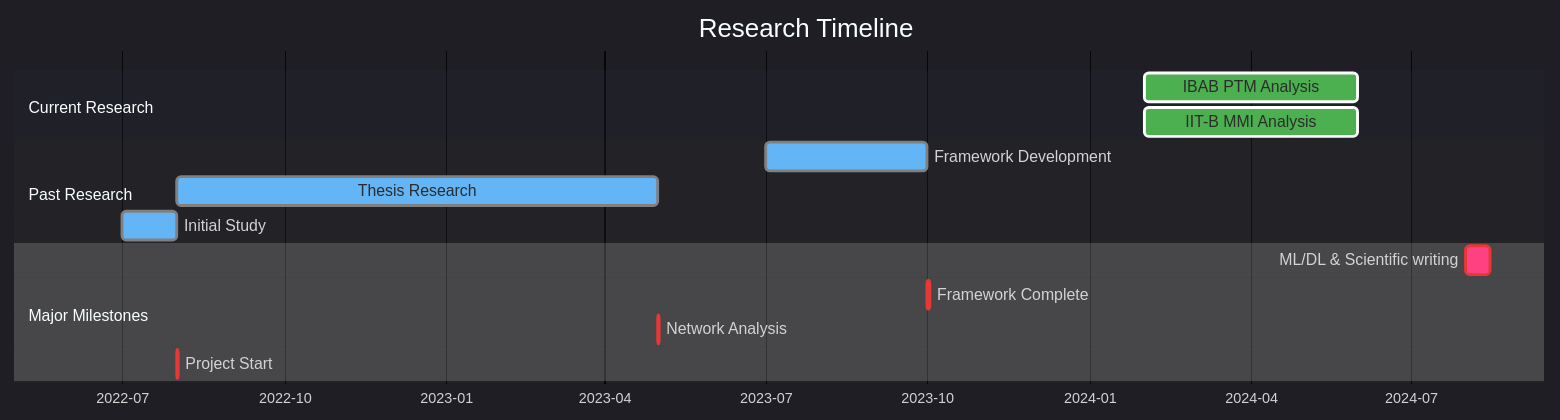
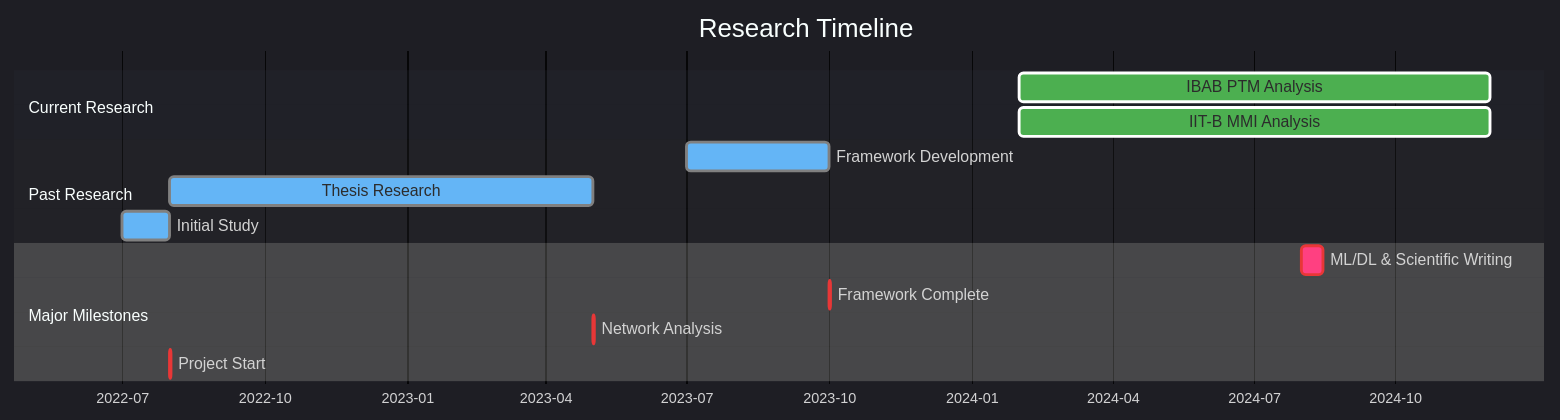
Before and after one commit to dhana56/dhana56: the third of 3 diagrams in README.md, drawn with Mermaid. The commit also changed other lines of this file and 1 other file, not shown here.

````diff
--- a/README.md
+++ b/README.md
@@ -218,34 +215,34 @@
 ```mermaid
 %%{init: {
     'theme': 'dark',
     'themeVariables': {
         'primaryColor': '#FF0000',
         'textColor': '#FFFFFF',
         'sectionBkgColor': '#2A2E37',
         'taskBkgColor': '#41465D',
         'activeTaskBkgColor': '#4CAF50',
         'doneTaskBkgColor': '#64B5F6',
         'critBkgColor': '#FF4081',
         'gridColor': '#444444'
     }
 }}%%
 gantt
     title Research Timeline
     dateFormat YYYY-MM
     axisFormat %Y-%m
     
     section Current Research
-    IBAB PTM Analysis    :active, ptm, 2024-02, 2024-06
-    IIT-B MMI Analysis   :active, mmi, 2024-02, 2024-06
+    IBAB PTM Analysis    :active, ptm, 2024-02, 2024-12
+    IIT-B MMI Analysis   :active, mmi, 2024-02, 2024-12
     
     section Past Research
     Framework Development:done, fw, 2023-07, 2023-10
     Thesis Research      :done, th, 2022-08, 2023-05
     Initial Study        :done, in, 2022-07, 2022-08
     
     section Major Milestones
-    ML/DL & Scientific writing  :crit, m1, 2024-8, 14d
+    ML/DL & Scientific Writing :crit, m1, 2024-08, 14d
     Framework Complete   :crit, m2, 2023-10, 1d
-    Network Analysis    :crit, m3, 2023-05, 1d
-    Project Start      :crit, m4, 2022-08, 1d
+    Network Analysis     :crit, m3, 2023-05, 1d
+    Project Start        :crit, m4, 2022-08, 1d
 ```
````
